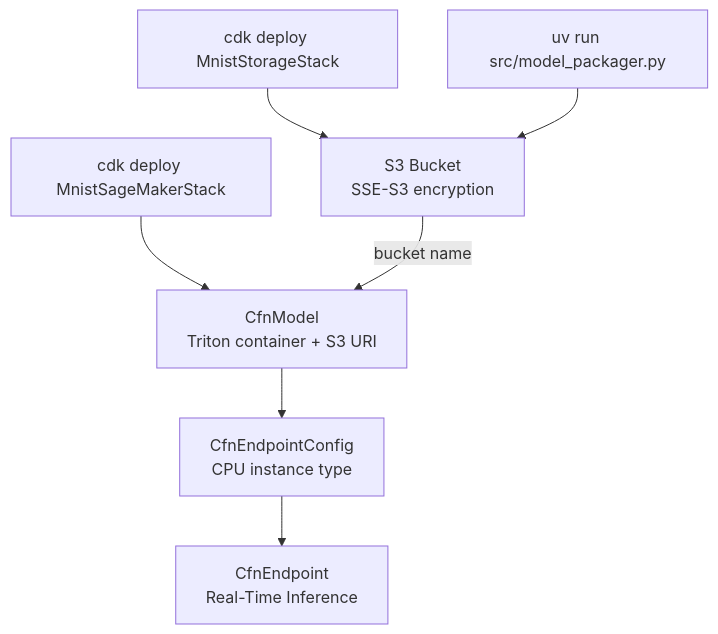
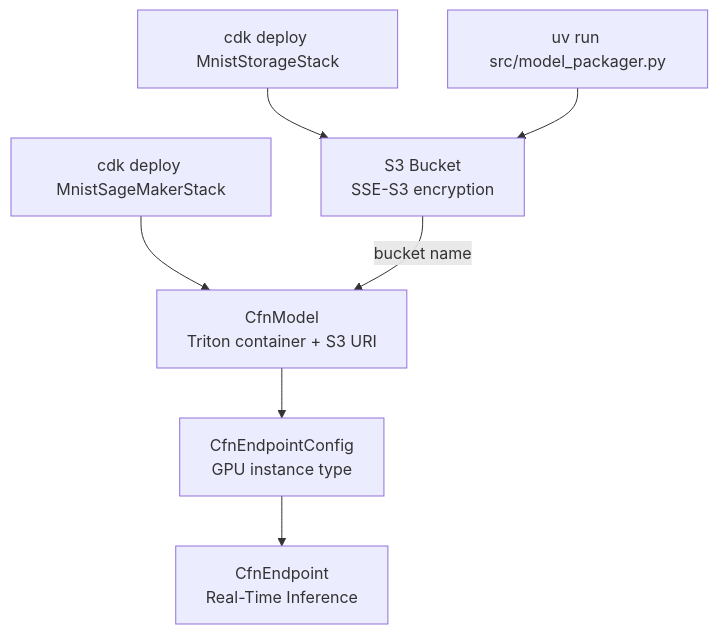
The third of 6 diagrams in .kiro/specs/mnist-inference-endpoint/design.md (ruhuitay/sagemaker), drawn with Mermaid before and after one commit. The commit also changed other lines of this file and 13 other files, not shown here.

First line of the commit message:
feat(inference): switch MNIST endpoint to GPU-backed Triton inference, create code in desktop app that can directly send json compatible payload to endpoint

````diff
--- a/.kiro/specs/mnist-inference-endpoint/design.md
+++ b/.kiro/specs/mnist-inference-endpoint/design.md
@@ -85,9 +85,9 @@
 ```mermaid
 flowchart TD
     Storage[cdk deploy MnistStorageStack] --> Bucket[S3 Bucket<br/>SSE-S3 encryption]
     Upload[uv run src/model_packager.py] --> Bucket
     CDK[cdk deploy MnistSageMakerStack] --> Model[CfnModel<br/>Triton container + S3 URI]
     Bucket -->|bucket name| Model
-    Model --> Config[CfnEndpointConfig<br/>CPU instance type]
+    Model --> Config[CfnEndpointConfig<br/>GPU instance type]
     Config --> Endpoint[CfnEndpoint<br/>Real-Time Inference]
 ```
````
